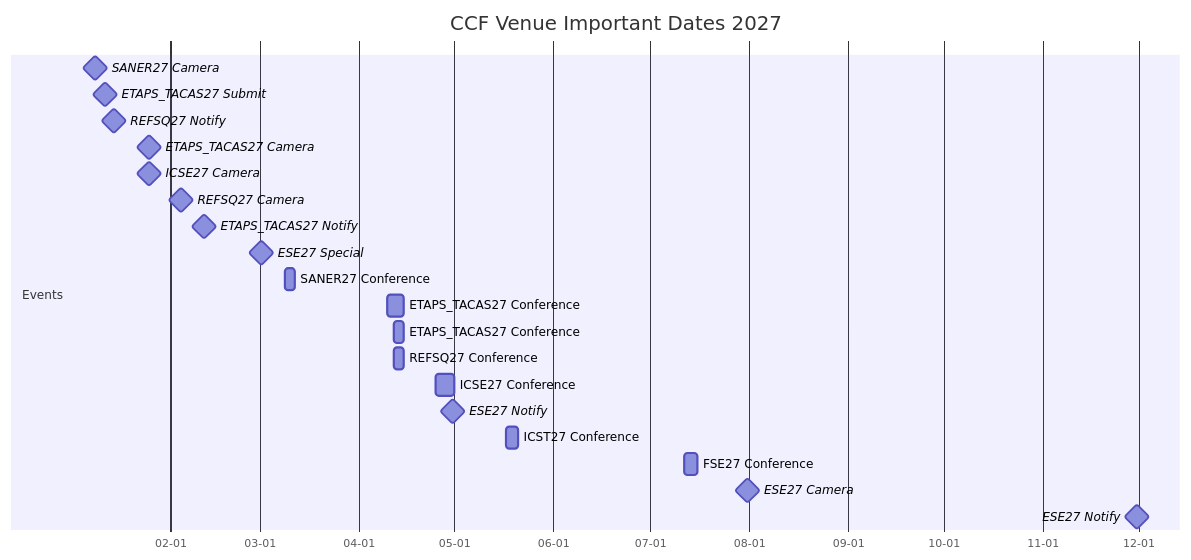
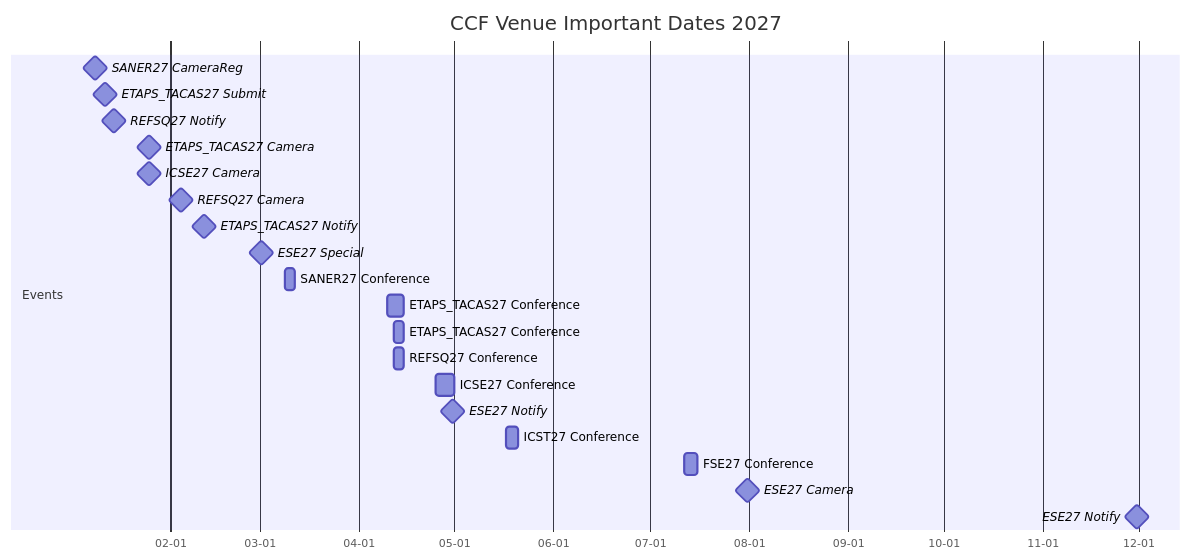
One commit to HansBug/research_ideas changed the second of 25 diagrams in ccf_venues/TIMELINE.md. Above: the diagram before and after it, drawn with Mermaid. The commit also changed other lines of this file and 5 other files, not shown here.

````diff
--- a/ccf_venues/TIMELINE.md
+++ b/ccf_venues/TIMELINE.md
@@ -155,26 +155,26 @@
 ```mermaid
 gantt
   title CCF Venue Important Dates 2027
   dateFormat YYYY-MM-DD
   axisFormat %m-%d
 
   section Events
-  SANER27 Camera :milestone, saner_27_1_20270108, 2027-01-08, 1d
+  SANER27 CameraReg :milestone, saner_27_1_20270108, 2027-01-08, 1d
   ETAPS_TACAS27 Submit :milestone, etaps_tacas_27_2_20270111, 2027-01-11, 1d
   REFSQ27 Notify :milestone, refsq_27_3_20270114, 2027-01-14, 1d
   ETAPS_TACAS27 Camera :milestone, etaps_tacas_27_4_20270125, 2027-01-25, 1d
   ICSE27 Camera :milestone, icse_27_5_20270125, 2027-01-25, 1d
   REFSQ27 Camera :milestone, refsq_27_6_20270204, 2027-02-04, 1d
   ETAPS_TACAS27 Notify :milestone, etaps_tacas_27_7_20270211, 2027-02-11, 1d
   ESE27 Special :milestone, ese_27_8_20270301, 2027-03-01, 1d
   SANER27 Conference :saner_27_9_20270309, 2027-03-09, 2027-03-12
   ETAPS_TACAS27 Conference :etaps_tacas_27_10_20270410, 2027-04-10, 2027-04-15
   ETAPS_TACAS27 Conference :etaps_tacas_27_11_20270412, 2027-04-12, 2027-04-15
   REFSQ27 Conference :refsq_27_12_20270412, 2027-04-12, 2027-04-15
   ICSE27 Conference :icse_27_13_20270425, 2027-04-25, 2027-05-01
   ESE27 Notify :milestone, ese_27_14_20270430, 2027-04-30, 1d
   ICST27 Conference :icst_27_15_20270517, 2027-05-17, 2027-05-21
   FSE27 Conference :fse_27_16_20270712, 2027-07-12, 2027-07-16
   ESE27 Camera :milestone, ese_27_17_20270731, 2027-07-31, 1d
   ESE27 Notify :milestone, ese_27_18_20271130, 2027-11-30, 1d
 ```
````
